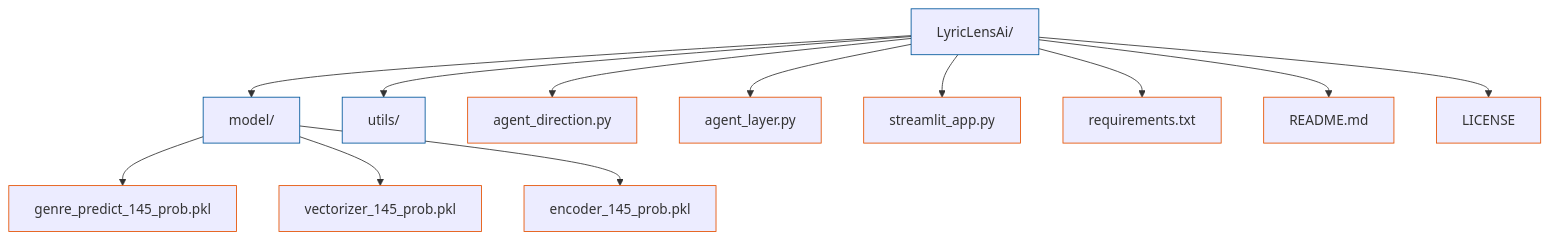
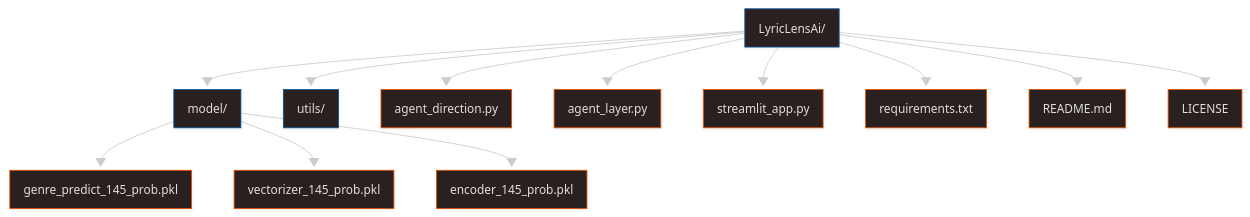
The diagram in README.md (Shiv33ndu/LyricLensAi), drawn with Mermaid before and after one commit. The commit also changed other lines of this file, not shown here.

````diff
--- a/README.md
+++ b/README.md
@@ -40,21 +40,27 @@
 ```mermaid
+---
+config:
+  theme: neo-dark
+  look: neo
+  layout: dagre
+---
 flowchart TD
   A[LyricLensAi/] --> B[model/]
   A --> C[utils/]
   A --> D[agent_direction.py]
   A --> E[agent_layer.py]
   A --> F[streamlit_app.py]
   A --> G[requirements.txt]
   A --> H[README.md]
   A --> I[LICENSE]
 
   B --> B1[genre_predict_145_prob.pkl]
   B --> B2[vectorizer_145_prob.pkl]
   B --> B3[encoder_145_prob.pkl]
 
   classDef folder  fill:#eeeee,stroke:#01579b
   classDef file    fill:#f,stroke:#e65100
 
   class A,B,C folder
   class D,E,F,G,H,I,B1,B2,B3 file
 ```
````
